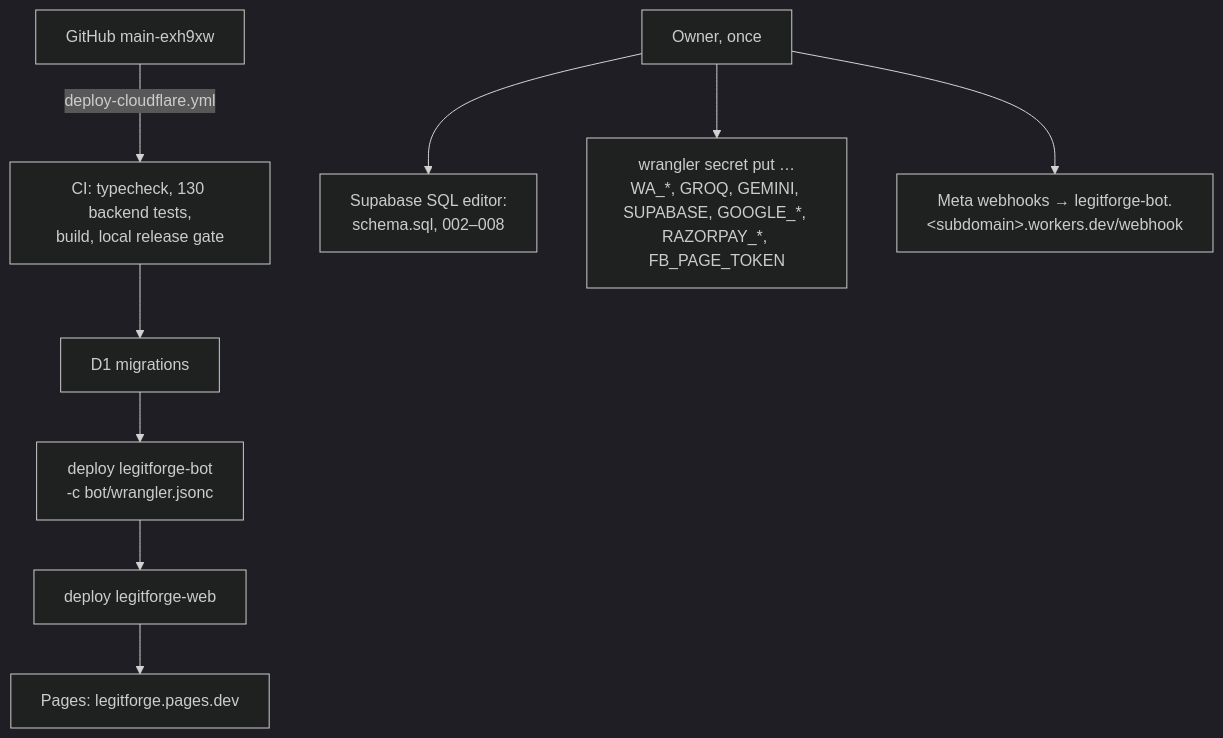
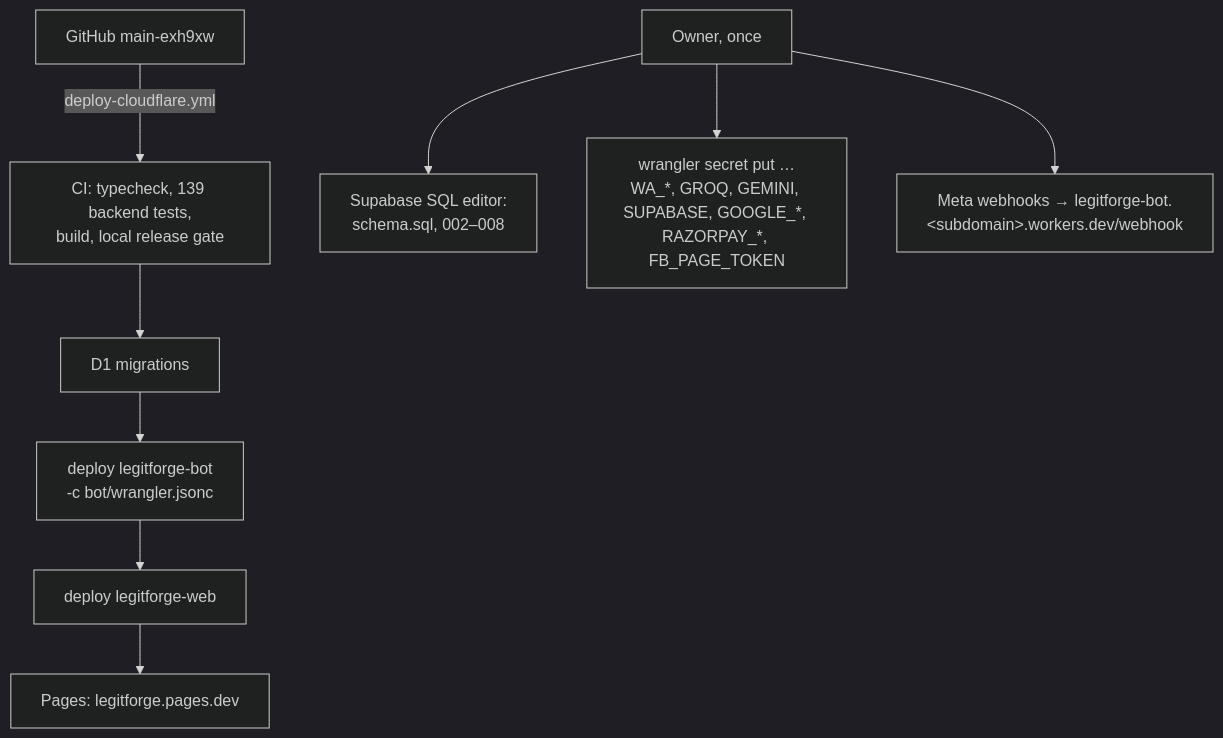
One commit to roshannandhu/LegitForge changed the sixth of 7 diagrams in ARCHITECTURE-WHATSAPP.md. Above: the diagram before and after it, drawn with Mermaid (dark theme). The commit also changed 1 other file, not shown here.

Commit message:
Audit, upgrade and verification report (A–O)
UPGRADE-REPORT.md: what was verified, the bugs found and fixed (three adversarial reviews), what
was added, database changes, the multilingual and learning results, menus, cost, security, the
full test report (139 backend tests, 325 release-gate checks, both Worker sizes; live AI, real
devices and live Meta are blocked, not passed), remaining limits and deployment steps.

````diff
--- a/ARCHITECTURE-WHATSAPP.md
+++ b/ARCHITECTURE-WHATSAPP.md
@@ -265,11 +265,11 @@
 ```mermaid
 flowchart TB
-  GH[GitHub main-exh9xw] -->|deploy-cloudflare.yml| CI[CI: typecheck, 130 backend tests,<br/>build, local release gate]
+  GH[GitHub main-exh9xw] -->|deploy-cloudflare.yml| CI[CI: typecheck, 139 backend tests,<br/>build, local release gate]
   CI --> MIG[D1 migrations]
   MIG --> DB[deploy legitforge-bot<br/>-c bot/wrangler.jsonc]
   DB --> DS[deploy legitforge-web]
   DS --> PG[Pages: legitforge.pages.dev]
   OWN[Owner, once] --> SQL[Supabase SQL editor:<br/>schema.sql, 002–008]
   OWN --> SEC[wrangler secret put …<br/>WA_*, GROQ, GEMINI, SUPABASE, GOOGLE_*, RAZORPAY_*, FB_PAGE_TOKEN]
   OWN --> META[Meta webhooks → legitforge-bot.&lt;subdomain&gt;.workers.dev/webhook]
 ```
````
